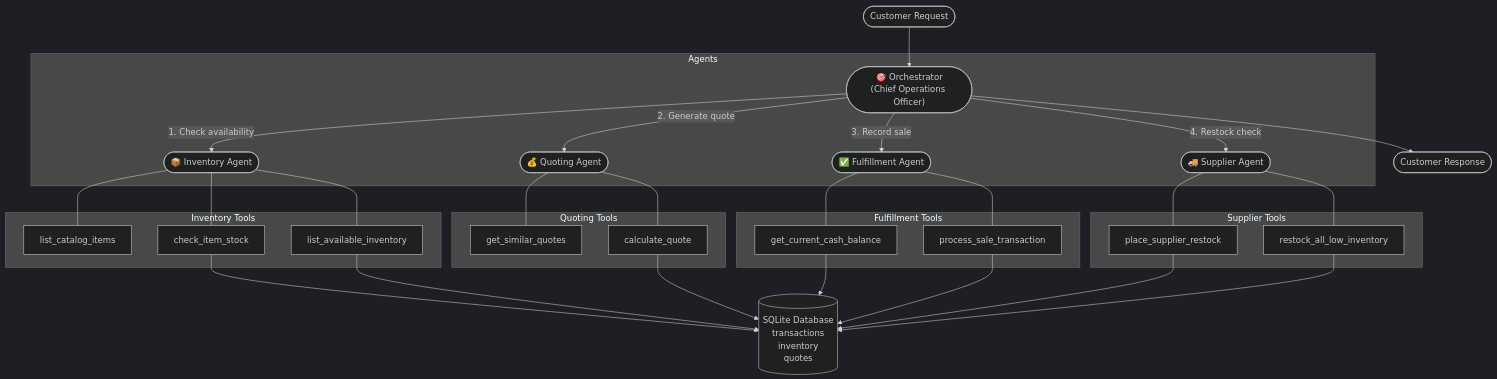
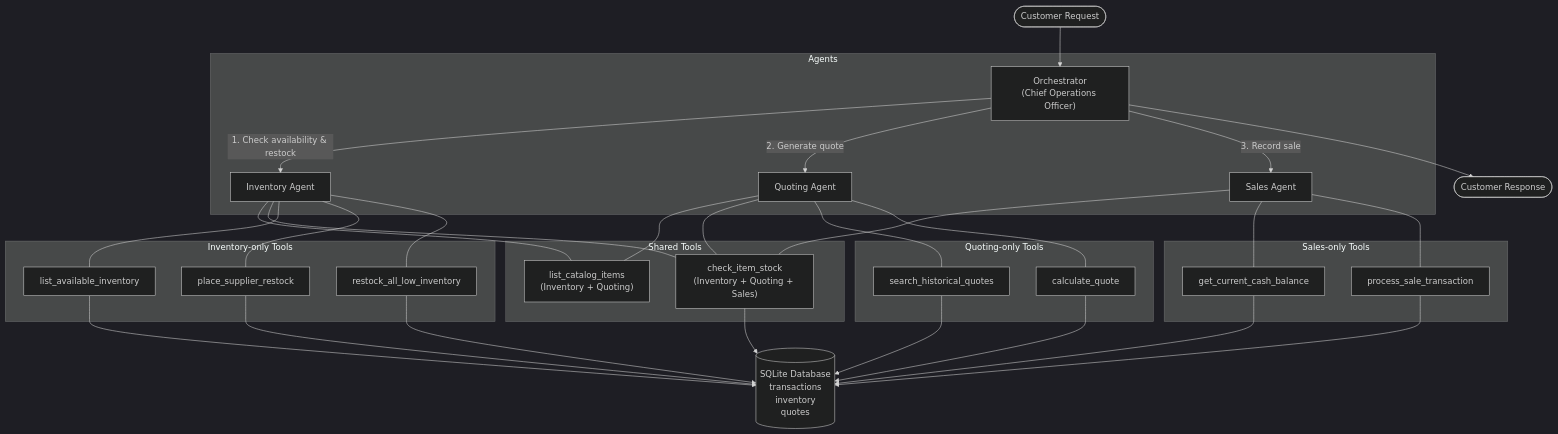
One commit to jsnape/agentic-ai-c4 changed the first of 4 diagrams in DESIGN.md. Above: the diagram before and after it, drawn with Mermaid (dark theme). The commit also changed other lines of this file and 7 other files, not shown here.

````diff
--- a/DESIGN.md
+++ b/DESIGN.md
@@ -56,49 +59,46 @@
 ```mermaid
 graph TD
     Customer([Customer Request])
     Customer --> Orchestrator
 
     subgraph Agents
-        Orchestrator(["🎯 Orchestrator\n(Chief Operations Officer)"])
-        Inventory(["📦 Inventory Agent"])
-        Quoting(["💰 Quoting Agent"])
-        Fulfillment(["✅ Fulfillment Agent"])
-        Supplier(["🚚 Supplier Agent"])
+        Orchestrator["Orchestrator\n(Chief Operations Officer)"]
+        Inventory["Inventory Agent"]
+        Quoting["Quoting Agent"]
+        Sales["Sales Agent"]
     end
 
-    subgraph InventoryTools["Inventory Tools"]
-        T1["list_catalog_items"]
-        T2["check_item_stock"]
+    subgraph InventoryTools["Inventory-only Tools"]
         T3["list_available_inventory"]
+        T4["place_supplier_restock"]
+        T5["restock_all_low_inventory"]
     end
 
-    subgraph QuotingTools["Quoting Tools"]
-        T4["get_similar_quotes"]
-        T5["calculate_quote"]
+    subgraph QuotingTools["Quoting-only Tools"]
+        T6["search_historical_quotes"]
+        T7["calculate_quote"]
     end
 
-    subgraph FulfillmentTools["Fulfillment Tools"]
-        T6["get_current_cash_balance"]
-        T7["process_sale_transaction"]
+    subgraph SalesTools["Sales-only Tools"]
+        T8["get_current_cash_balance"]
+        T9["process_sale_transaction"]
     end
 
-    subgraph SupplierTools["Supplier Tools"]
-        T8["place_supplier_restock"]
-        T9["restock_all_low_inventory"]
+    subgraph SharedTools["Shared Tools"]
+        T1["list_catalog_items\n(Inventory + Quoting)"]
+        T2["check_item_stock\n(Inventory + Quoting + Sales)"]
     end
 
-    Orchestrator -->|"1. Check availability"| Inventory
+    Orchestrator -->|"1. Check availability & restock"| Inventory
     Orchestrator -->|"2. Generate quote"| Quoting
-    Orchestrator -->|"3. Record sale"| Fulfillment
-    Orchestrator -->|"4. Restock check"| Supplier
+    Orchestrator -->|"3. Record sale"| Sales
 
-    Inventory --- T1 & T2 & T3
-    Quoting --- T4 & T5
-    Fulfillment --- T6 & T7
-    Supplier --- T8 & T9
+    Inventory --- T1 & T2 & T3 & T4 & T5
+    Quoting --- T1 & T2 & T6 & T7
+    Sales --- T2 & T8 & T9
 
     DB[(SQLite Database\ntransactions\ninventory\nquotes)]
-    T2 & T3 & T5 & T6 & T7 & T8 & T9 --> DB
+    T2 & T3 & T4 & T5 & T6 & T7 & T8 & T9 --> DB
 
     Orchestrator --> Response([Customer Response])
 ```
````
